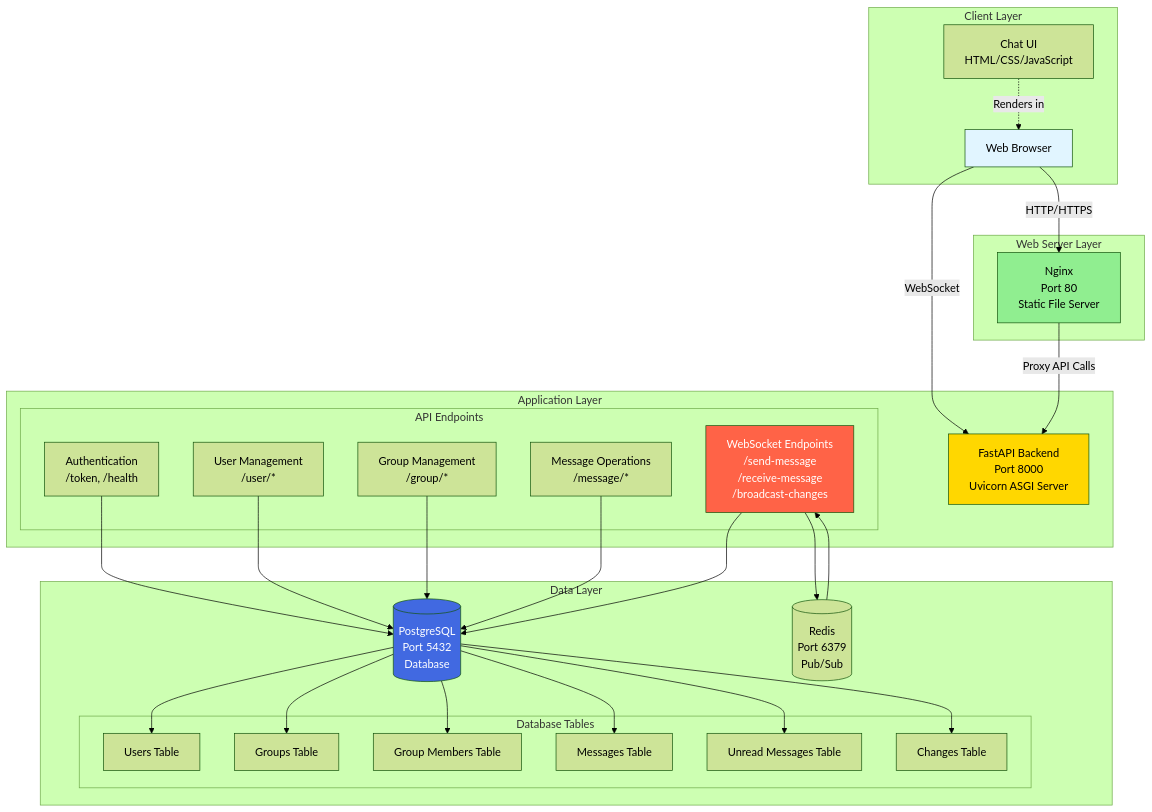
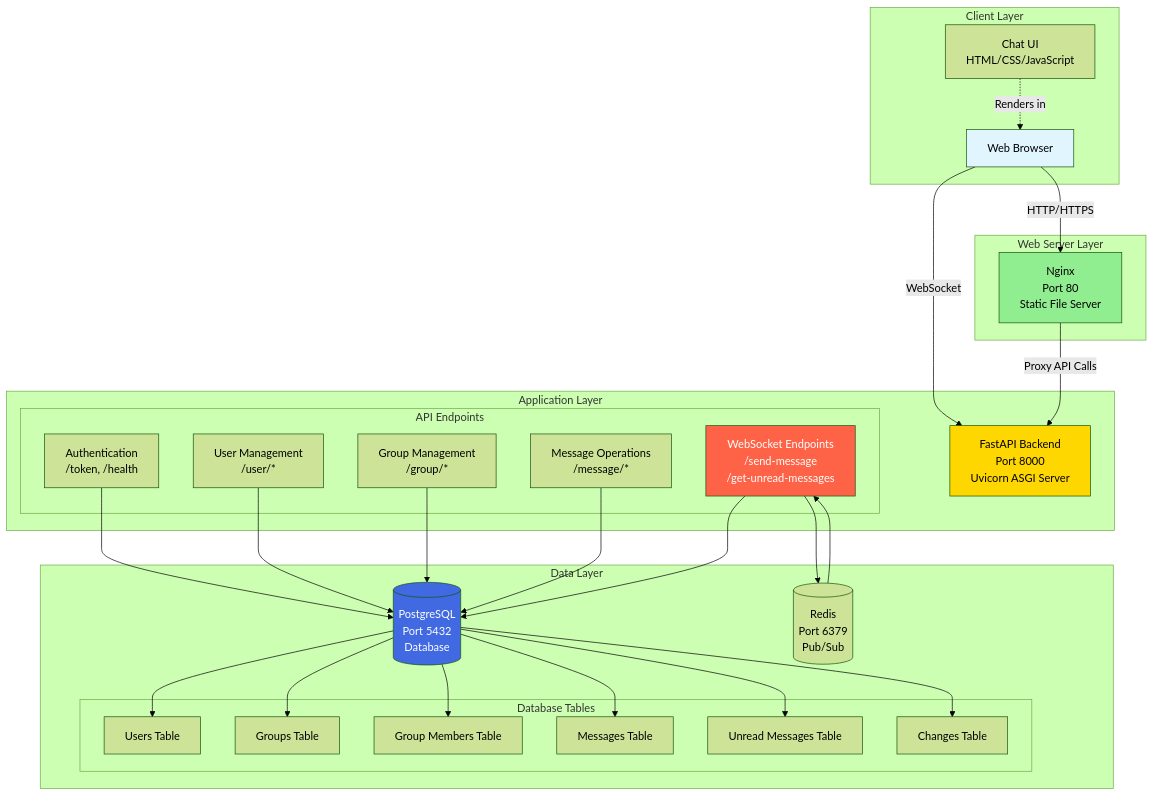
Before and after one commit to Ducksss/socketio-chat: the diagram in ARCHITECTURE.md, drawn with Mermaid (forest theme). The commit also changed other lines of this file and 1 other file, not shown here.

````diff
--- a/ARCHITECTURE.md
+++ b/ARCHITECTURE.md
@@ -9,63 +9,63 @@
 ```mermaid
 graph TB
     subgraph "Client Layer"
         Browser[Web Browser]
         ChatUI[Chat UI<br/>HTML/CSS/JavaScript]
     end
 
     subgraph "Web Server Layer"
         Nginx[Nginx<br/>Port 80<br/>Static File Server]
     end
 
     subgraph "Application Layer"
         FastAPI[FastAPI Backend<br/>Port 8000<br/>Uvicorn ASGI Server]
         
         subgraph "API Endpoints"
             Auth[Authentication<br/>/token, /health]
             UserAPI[User Management<br/>/user/*]
             GroupAPI[Group Management<br/>/group/*]
             MessageAPI[Message Operations<br/>/message/*]
-            WS[WebSocket Endpoints<br/>/send-message<br/>/receive-message<br/>/broadcast-changes]
+            WS[WebSocket Endpoints<br/>/send-message<br/>/get-unread-messages]
         end
     end
 
     subgraph "Data Layer"
         PostgreSQL[(PostgreSQL<br/>Port 5432<br/>Database)]
         Redis[(Redis<br/>Port 6379<br/>Pub/Sub)]
         
         subgraph "Database Tables"
             Users[Users Table]
             Groups[Groups Table]
             Members[Group Members Table]
             Messages[Messages Table]
             Unread[Unread Messages Table]
             Changes[Changes Table]
         end
     end
 
     Browser -->|HTTP/HTTPS| Nginx
     Browser -->|WebSocket| FastAPI
     Nginx -->|Proxy API Calls| FastAPI
     ChatUI -.->|Renders in| Browser
     
     Auth --> PostgreSQL
     UserAPI --> PostgreSQL
     GroupAPI --> PostgreSQL
     MessageAPI --> PostgreSQL
     WS --> PostgreSQL
     WS --> Redis
     
     PostgreSQL --> Users
     PostgreSQL --> Groups
     PostgreSQL --> Members
     PostgreSQL --> Messages
     PostgreSQL --> Unread
     PostgreSQL --> Changes
     Redis --> WS
 
     style Browser fill:#e1f5ff
     style Nginx fill:#90EE90
     style FastAPI fill:#FFD700
     style PostgreSQL fill:#4169E1,color:#fff
     style WS fill:#FF6347,color:#fff
 ```
````
